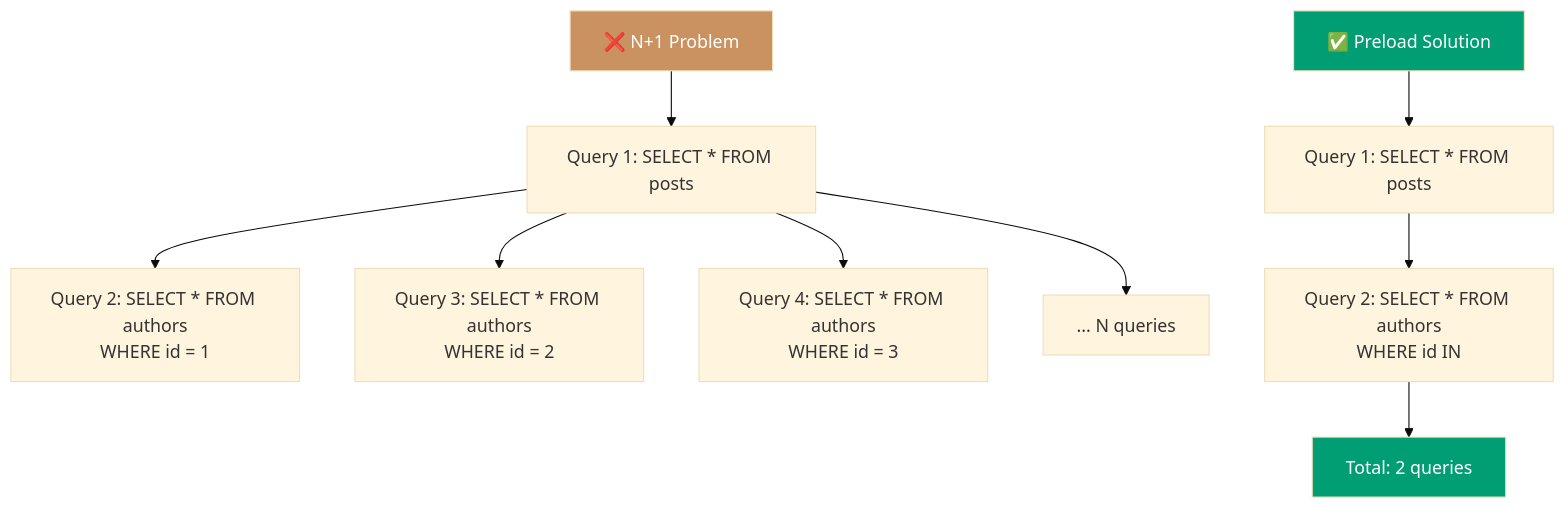
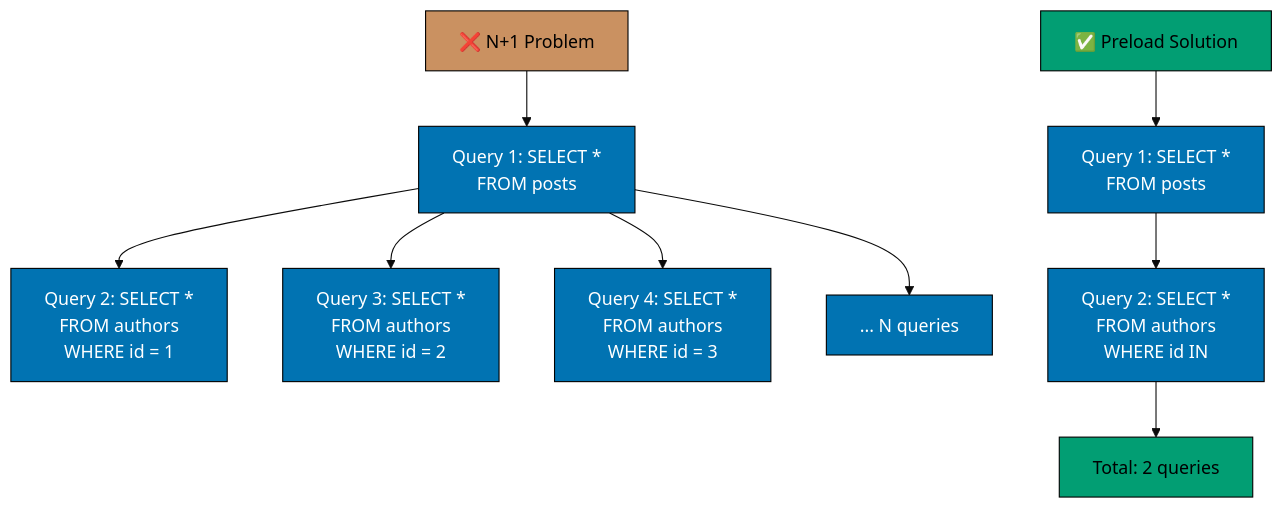
The fourth of 10 diagrams in apps/ayokoding-www/content/en/learn/legacy/software-engineering/platforms/web/tools/elixir-phoenix/by-example/advanced.md (wahidyankf/ose-public), drawn with Mermaid (base theme) before and after one commit. The commit also changed other lines of this file and 130 other files, not shown here.

First line of the commit message:
fix(mermaid): bring the legacy platforms diagrams onto the accessible palette

````diff
--- a/apps/ayokoding-www/content/en/learn/legacy/software-engineering/platforms/web/tools/elixir-phoenix/by-example/advanced.md
+++ b/apps/ayokoding-www/content/en/learn/legacy/software-engineering/platforms/web/tools/elixir-phoenix/by-example/advanced.md
@@ -527,17 +544,22 @@
 ```mermaid
 %% N+1 problem vs preload solution
 graph TD
-    A[❌ N+1 Problem] --> B[Query 1: SELECT * FROM posts]
-    B --> C[Query 2: SELECT * FROM authors<br/>WHERE id = 1]
-    B --> D[Query 3: SELECT * FROM authors<br/>WHERE id = 2]
-    B --> E[Query 4: SELECT * FROM authors<br/>WHERE id = 3]
+    accTitle: Example 56: Query Optimization - N+1 Prevention
+    accDescr: Graph with 10 nodes and 8 connections. Nodes: ❌ N+1 Problem, Query 1: SELECT * FROM posts, Query 2: SELECT * FROM authors WHERE id = 1, Query 3: SELECT * FROM authors WHERE id = 2, Query 4: SELECT * FROM authors WHERE id = 3, ... N queries, ✅ Preload Solution, Query 1: SELECT * FROM posts, Query 2: SELECT * FROM authors WHERE id IN, Total: 2 queries. Connections: ❌ N+1 Problem to Query 1: SELECT * FROM posts, Query 1: SELECT * FROM posts to Query 2: SELECT * FROM authors WHERE id = 1, Query 1: SELECT * FROM posts to Query 3: SELECT * FROM authors WHERE id = 2, Query 1: SELECT * FROM posts to Query 4: SELECT * FROM authors WHERE id = 3, Query 1: SELECT * FROM posts to ... N queries, ✅ Preload Solution to Query 1: SELECT * FROM posts, Query 1: SELECT * FROM posts to Query 2: SELECT * FROM authors WHERE id IN, Query 2: SELECT * FROM authors WHERE id IN to Total: 2 queries.
+    A[❌ N+1 Problem] --> B[Query 1: SELECT *<br/>FROM posts]
+    B --> C[Query 2: SELECT *<br/>FROM authors<br/>WHERE id = 1]
+    B --> D[Query 3: SELECT *<br/>FROM authors<br/>WHERE id = 2]
+    B --> E[Query 4: SELECT *<br/>FROM authors<br/>WHERE id = 3]
     B --> F[... N queries]
 
-    G[✅ Preload Solution] --> H[Query 1: SELECT * FROM posts]
-    H --> I[Query 2: SELECT * FROM authors<br/>WHERE id IN]
+    G[✅ Preload Solution] --> H[Query 1: SELECT *<br/>FROM posts]
+    H --> I[Query 2: SELECT *<br/>FROM authors<br/>WHERE id IN]
     I --> J[Total: 2 queries]
 
-    style A fill:#CA9161,color:#fff
-    style G fill:#029E73,color:#fff
-    style J fill:#029E73,color:#fff
+    classDef pal-CA9161 fill:#CA9161,stroke:#000000,color:#000000
+    class A pal-CA9161
+    classDef pal-029E73 fill:#029E73,stroke:#000000,color:#000000
+    class G pal-029E73
+    class J pal-029E73
+    classDef default fill:#0173B2,stroke:#000000,color:#FFFFFF
 ```
````
